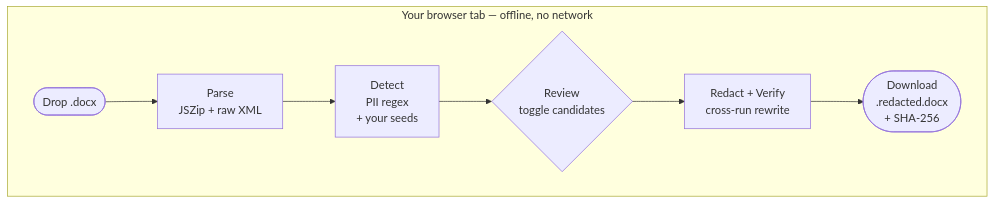
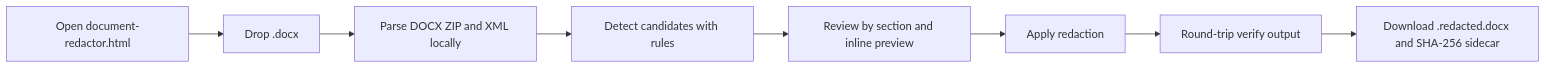
One commit to lowtidebuild/document-redactor changed the diagram in README.md. Above: the diagram before and after it, drawn with Mermaid. The commit also changed other lines of this file and 25 other files, not shown here.

````diff
--- a/README.md
+++ b/README.md
@@ -99,11 +90,10 @@
 ```mermaid
 flowchart LR
-    subgraph browser["Your browser tab &mdash; offline, no network"]
-        direction LR
-        A([Drop .docx]) --> B[Parse<br/>JSZip + raw XML]
-        B --> C[Detect<br/>PII regex<br/>+ your seeds]
-        C --> D{Review<br/>toggle candidates}
-        D --> E[Redact + Verify<br/>cross-run rewrite]
-        E --> F([Download<br/>.redacted.docx<br/>+ SHA-256])
-    end
+    A[Open document-redactor.html] --> B[Drop .docx]
+    B --> C[Parse DOCX ZIP and XML locally]
+    C --> D[Detect candidates with rules]
+    D --> E[Review by section and inline preview]
+    E --> F[Apply redaction]
+    F --> G[Round-trip verify output]
+    G --> H[Download .redacted.docx and SHA-256 sidecar]
 ```
````
